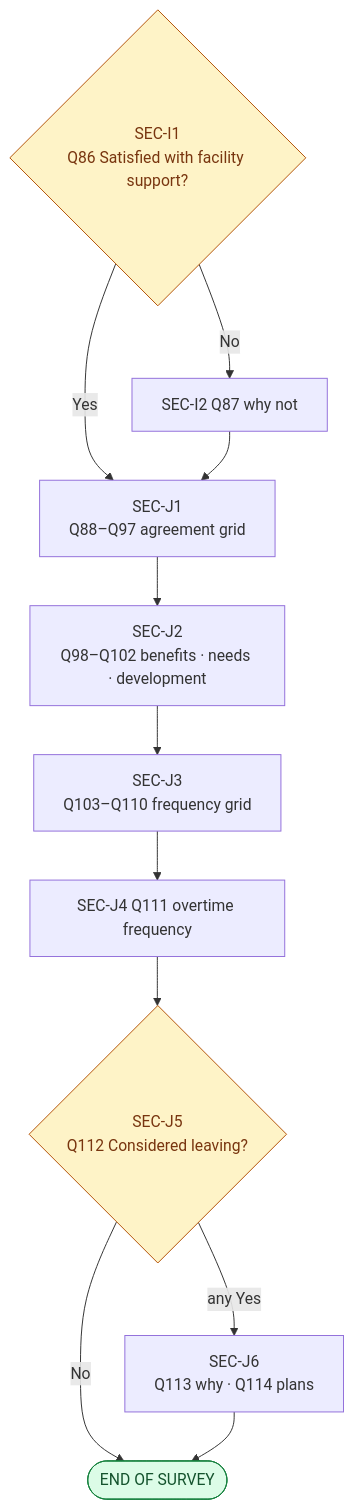
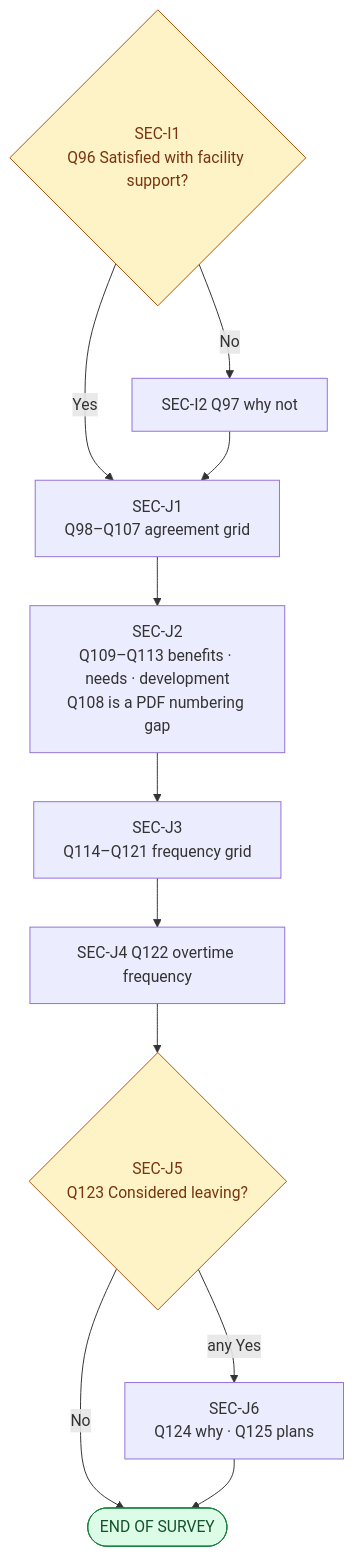
Before and after one commit to cplreyes/ASPSI-DOH-UHC-CAPI-Development: the sixth of 6 diagrams in deliverables/F2/F2-Skip-Logic.md, drawn with Mermaid. The commit also changed other lines of this file and 33 other files, not shown here.

First line of the commit message:
F2: Apr 20 questionnaire update — skip-logic, cross-field, generated schema

````diff
--- a/deliverables/F2/F2-Skip-Logic.md
+++ b/deliverables/F2/F2-Skip-Logic.md
@@ -221,18 +229,18 @@
 ```mermaid
 flowchart TD
-    I1{SEC-I1<br/>Q86 Satisfied with facility support?}
-    I1 -->|Yes| J1[SEC-J1<br/>Q88–Q97 agreement grid]
-    I1 -->|No| I2[SEC-I2 Q87 why not] --> J1
-    J1 --> J2[SEC-J2<br/>Q98–Q102 benefits · needs · development]
-    J2 --> J3[SEC-J3<br/>Q103–Q110 frequency grid]
-    J3 --> J4[SEC-J4 Q111 overtime frequency]
-    J4 --> J5{SEC-J5<br/>Q112 Considered leaving?}
-    J5 -->|any Yes| J6[SEC-J6<br/>Q113 why · Q114 plans]
+    I1{SEC-I1<br/>Q96 Satisfied with facility support?}
+    I1 -->|Yes| J1[SEC-J1<br/>Q98–Q107 agreement grid]
+    I1 -->|No| I2[SEC-I2 Q97 why not] --> J1
+    J1 --> J2[SEC-J2<br/>Q109–Q113 benefits · needs · development<br/>Q108 is a PDF numbering gap]
+    J2 --> J3[SEC-J3<br/>Q114–Q121 frequency grid]
+    J3 --> J4[SEC-J4 Q122 overtime frequency]
+    J4 --> J5{SEC-J5<br/>Q123 Considered leaving?}
+    J5 -->|any Yes| J6[SEC-J6<br/>Q124 why · Q125 plans]
     J5 -->|No| SUB([END OF SURVEY])
     J6 --> SUB
 
     classDef gate fill:#fef3c7,stroke:#b45309,color:#78350f
     classDef terminal fill:#dcfce7,stroke:#15803d,color:#14532d
     class I1,J5 gate
     class SUB terminal
 ```
````
